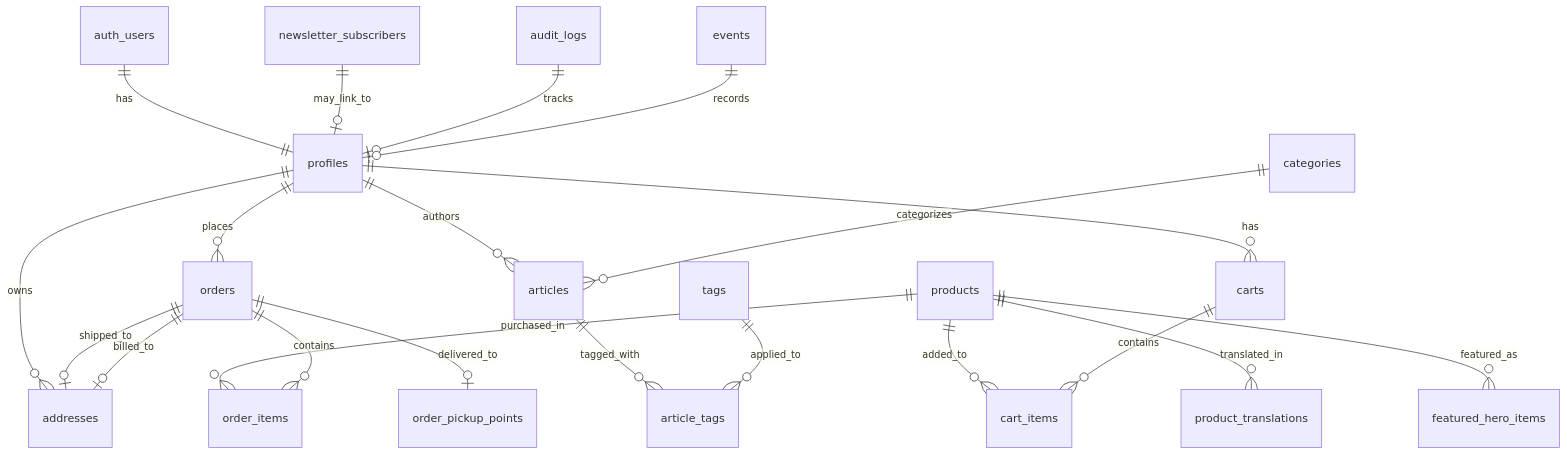
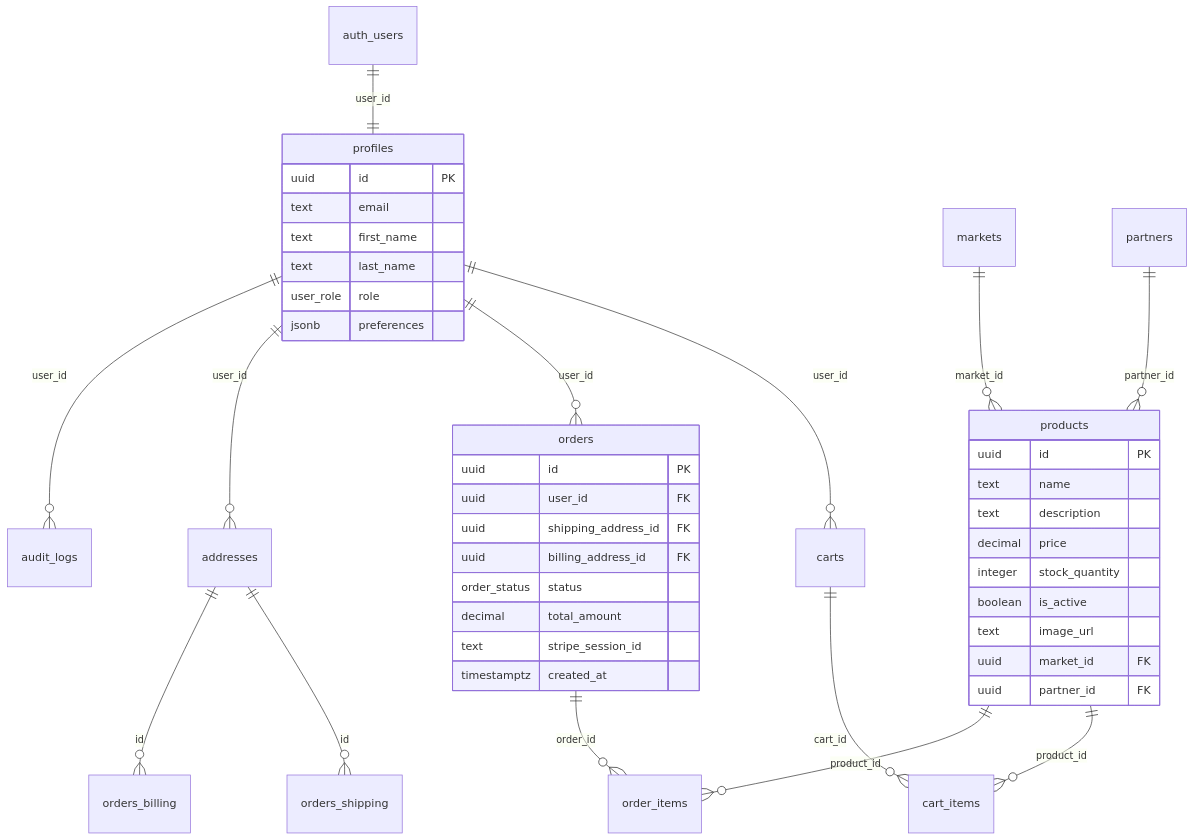
The diagram in docs/DATABASE.md (inherbver/herbisveritas), drawn with Mermaid before and after one commit. The commit also changed other lines of this file and 74 other files, not shown here.

````diff
--- a/docs/DATABASE.md
+++ b/docs/DATABASE.md
@@ -2501,29 +22,51 @@
 ```mermaid
 erDiagram
-    auth_users ||--|| profiles : has
-    profiles ||--o{ addresses : owns
-    profiles ||--o{ orders : places
-    profiles ||--o{ articles : authors
-    profiles ||--o{ carts : has
-
-    products ||--o{ product_translations : translated_in
-    products ||--o{ cart_items : added_to
-    products ||--o{ order_items : purchased_in
-    products ||--o{ featured_hero_items : featured_as
-
-    carts ||--o{ cart_items : contains
-
-    orders ||--o{ order_items : contains
-    orders ||--o| addresses : shipped_to
-    orders ||--o| addresses : billed_to
-    orders ||--o| order_pickup_points : delivered_to
-
-    categories ||--o{ articles : categorizes
-    articles ||--o{ article_tags : tagged_with
-    tags ||--o{ article_tags : applied_to
-
-    newsletter_subscribers ||--o| profiles : may_link_to
-
-    audit_logs ||--o| profiles : tracks
-    events ||--o| profiles : records
+    auth_users ||--|| profiles : "user_id"
+    profiles ||--o{ carts : "user_id"
+    profiles ||--o{ orders : "user_id"
+    profiles ||--o{ addresses : "user_id"
+    profiles ||--o{ audit_logs : "user_id"
+    
+    carts ||--o{ cart_items : "cart_id"
+    products ||--o{ cart_items : "product_id"
+    products ||--o{ order_items : "product_id"
+    
+    orders ||--o{ order_items : "order_id"
+    addresses ||--o{ orders_shipping : "id"
+    addresses ||--o{ orders_billing : "id"
+    
+    markets ||--o{ products : "market_id"
+    partners ||--o{ products : "partner_id"
+    
+    orders {
+        uuid id PK
+        uuid user_id FK
+        uuid shipping_address_id FK
+        uuid billing_address_id FK
+        order_status status
+        decimal total_amount
+        text stripe_session_id
+        timestamptz created_at
+    }
+    
+    products {
+        uuid id PK
+        text name
+        text description
+        decimal price
+        integer stock_quantity
+        boolean is_active
+        text image_url
+        uuid market_id FK
+        uuid partner_id FK
+    }
+    
+    profiles {
+        uuid id PK
+        text email
+        text first_name
+        text last_name
+        user_role role
+        jsonb preferences
+    }
 ```
````
